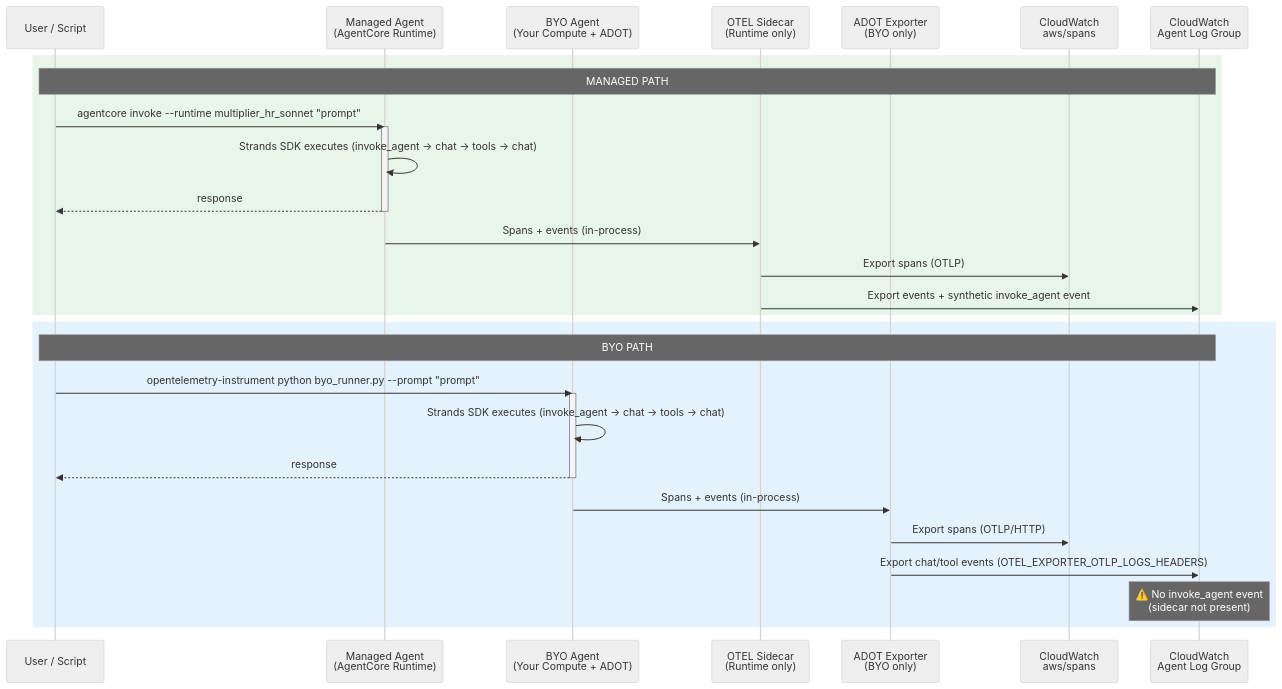
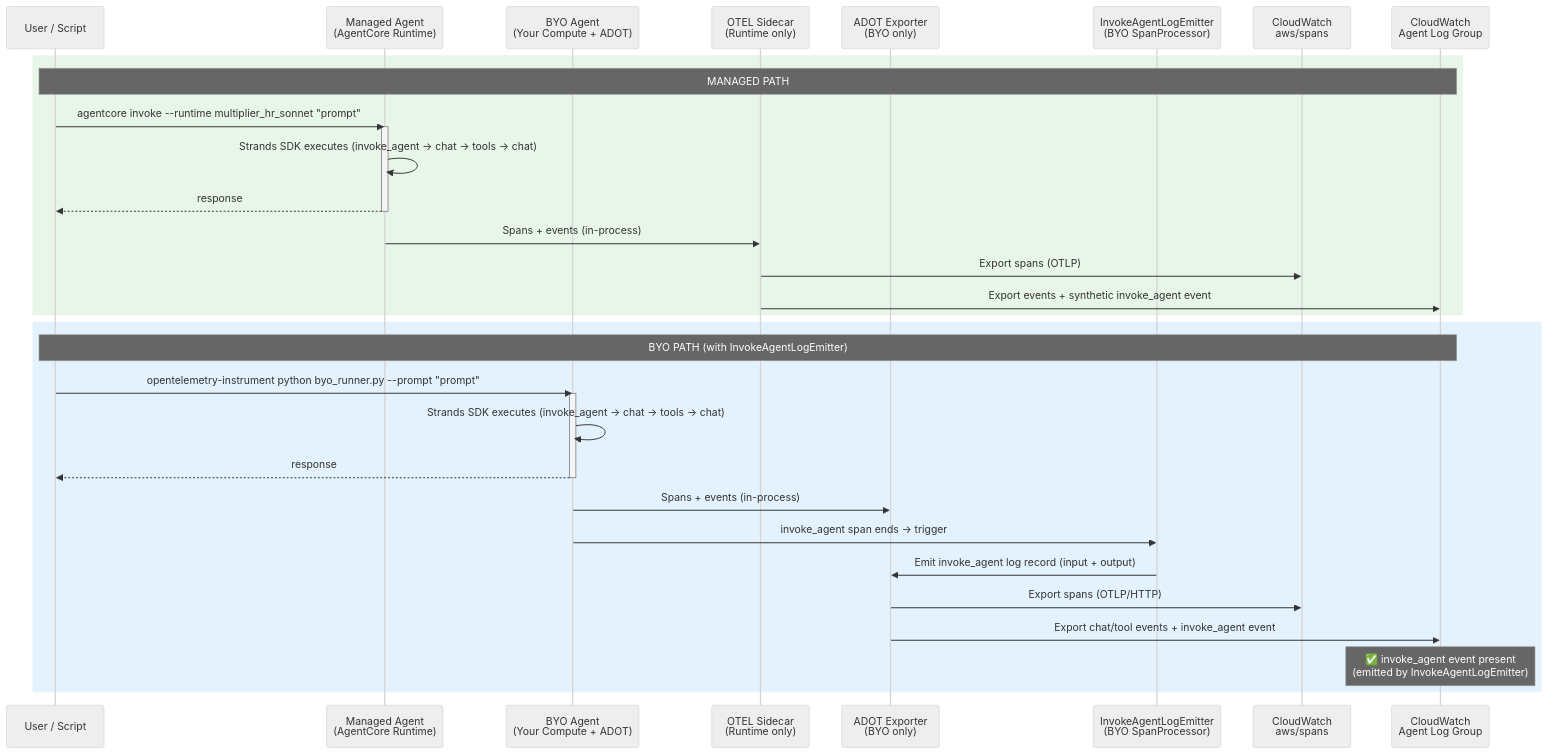
The first of 9 diagrams in edd-poc/EDD_architecture.md (kangks/aws_agent_registry_edd), drawn with Mermaid (neutral theme) before and after one commit. The commit also changed other lines of this file and 8 other files, not shown here.

Commit message:
Agent Registry → Deploy → OTEL → AgentCore Online Evaluation (LLM-as-a-Judge, continuous, same evaluator for both managed and BYO) → Scores feed back to Registry

````diff
--- a/edd-poc/EDD_architecture.md
+++ b/edd-poc/EDD_architecture.md
@@ -443,35 +443,38 @@
 ```mermaid
 sequenceDiagram
     participant User as User / Script
     participant Managed as Managed Agent<br/>(AgentCore Runtime)
     participant BYO as BYO Agent<br/>(Your Compute + ADOT)
     participant Sidecar as OTEL Sidecar<br/>(Runtime only)
     participant ADOT as ADOT Exporter<br/>(BYO only)
+    participant Emitter as InvokeAgentLogEmitter<br/>(BYO SpanProcessor)
     participant CW_Spans as CloudWatch<br/>aws/spans
     participant CW_Events as CloudWatch<br/>Agent Log Group
 
     rect rgb(232, 245, 233)
     Note over User,CW_Events: MANAGED PATH
     User->>Managed: agentcore invoke --runtime multiplier_hr_sonnet "prompt"
     activate Managed
     Managed->>Managed: Strands SDK executes (invoke_agent → chat → tools → chat)
     Managed-->>User: response
     deactivate Managed
     Managed->>Sidecar: Spans + events (in-process)
     Sidecar->>CW_Spans: Export spans (OTLP)
     Sidecar->>CW_Events: Export events + synthetic invoke_agent event
     end
 
     rect rgb(227, 242, 253)
-    Note over User,CW_Events: BYO PATH
+    Note over User,CW_Events: BYO PATH (with InvokeAgentLogEmitter)
     User->>BYO: opentelemetry-instrument python byo_runner.py --prompt "prompt"
     activate BYO
     BYO->>BYO: Strands SDK executes (invoke_agent → chat → tools → chat)
     BYO-->>User: response
     deactivate BYO
     BYO->>ADOT: Spans + events (in-process)
+    BYO->>Emitter: invoke_agent span ends → trigger
+    Emitter->>ADOT: Emit invoke_agent log record (input + output)
     ADOT->>CW_Spans: Export spans (OTLP/HTTP)
-    ADOT->>CW_Events: Export chat/tool events (OTEL_EXPORTER_OTLP_LOGS_HEADERS)
-    Note over CW_Events: ⚠️ No invoke_agent event<br/>(sidecar not present)
+    ADOT->>CW_Events: Export chat/tool events + invoke_agent event
+    Note over CW_Events: ✅ invoke_agent event present<br/>(emitted by InvokeAgentLogEmitter)
     end
 ```
````
